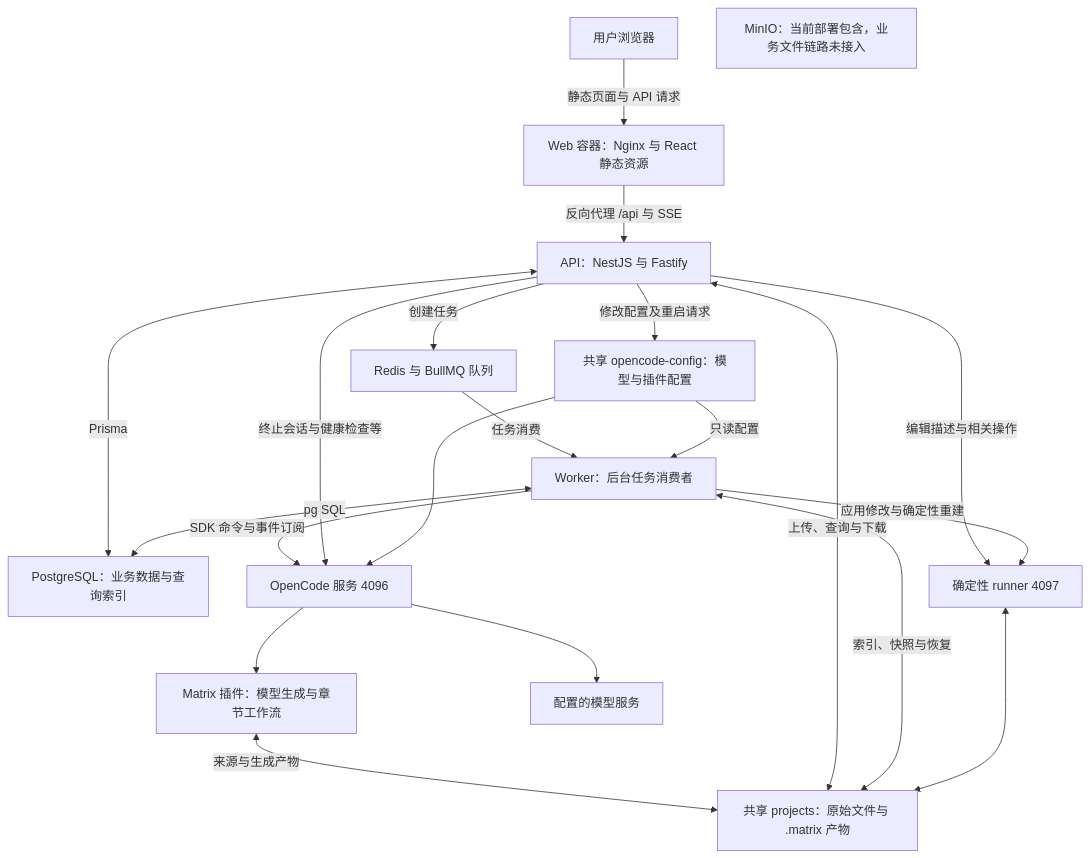
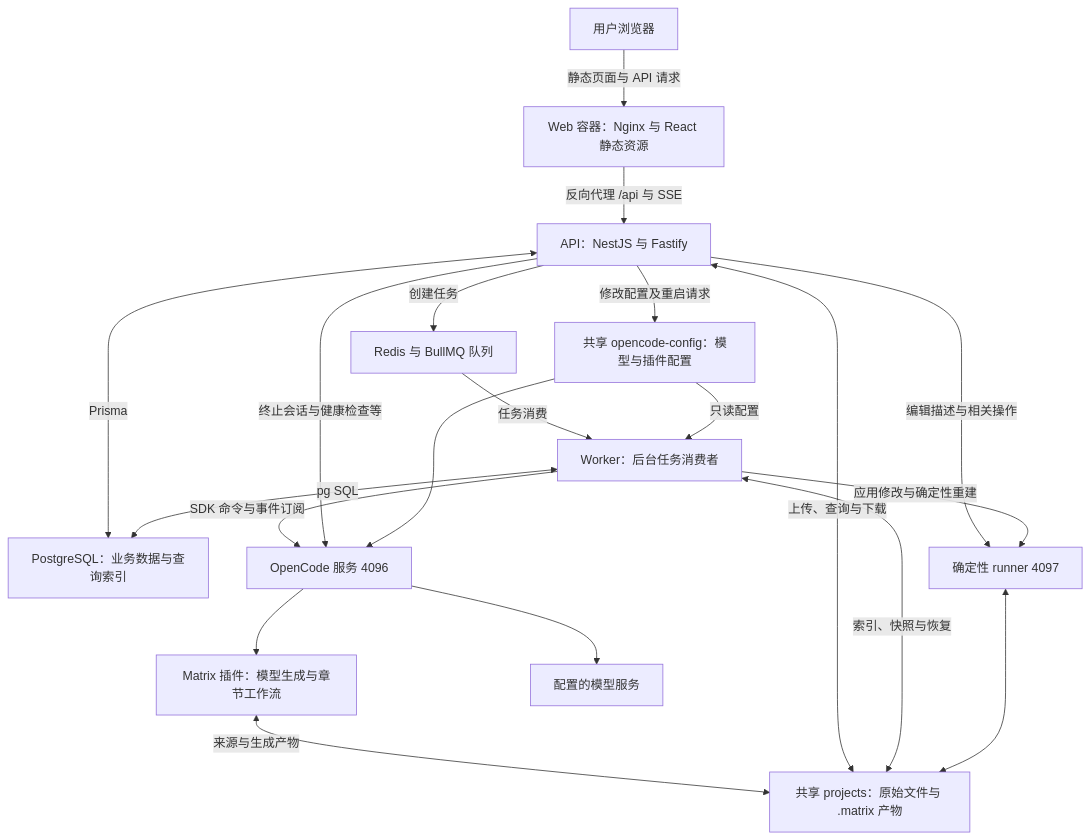
One commit to wsliture/matrix-test-req-reviewer changed the first of 3 diagrams in docs/整体架构.md. Above: the diagram before and after it, drawn with Mermaid. The commit also changed other lines of this file and 14 other files, not shown here.

````diff
--- a/docs/整体架构.md
+++ b/docs/整体架构.md
@@ -20,35 +20,34 @@
 ```mermaid
 flowchart TB
     U[用户浏览器]
     W[Web 容器：Nginx 与 React 静态资源]
     A[API：NestJS 与 Fastify]
     Q[Redis 与 BullMQ 队列]
     K[Worker：后台任务消费者]
     D[PostgreSQL：业务数据与查询索引]
     O[OpenCode 服务 4096]
     P[Matrix 插件：模型生成与章节工作流]
     R[确定性 runner 4097]
     F[共享 projects：原始文件与 .matrix 产物]
     C[共享 opencode-config：模型与插件配置]
     L[配置的模型服务]
-    M[MinIO：当前部署包含，业务文件链路未接入]
     U -->|静态页面与 API 请求| W
     W -->|反向代理 /api 与 SSE| A
     A -->|创建任务| Q
     Q -->|任务消费| K
     A <-->|Prisma| D
     K <-->|pg SQL| D
     K -->|SDK 命令与事件订阅| O
     A -->|终止会话与健康检查等| O
     O --> P
     O --> L
     P <-->|来源与生成产物| F
     A <-->|上传、查询与下载| F
     K <-->|索引、快照与恢复| F
     A -->|编辑描述与相关操作| R
     K -->|应用修改与确定性重建| R
     R <--> F
     A -->|修改配置及重启请求| C
     C --> O
     C -->|只读配置| K
 ```
````
